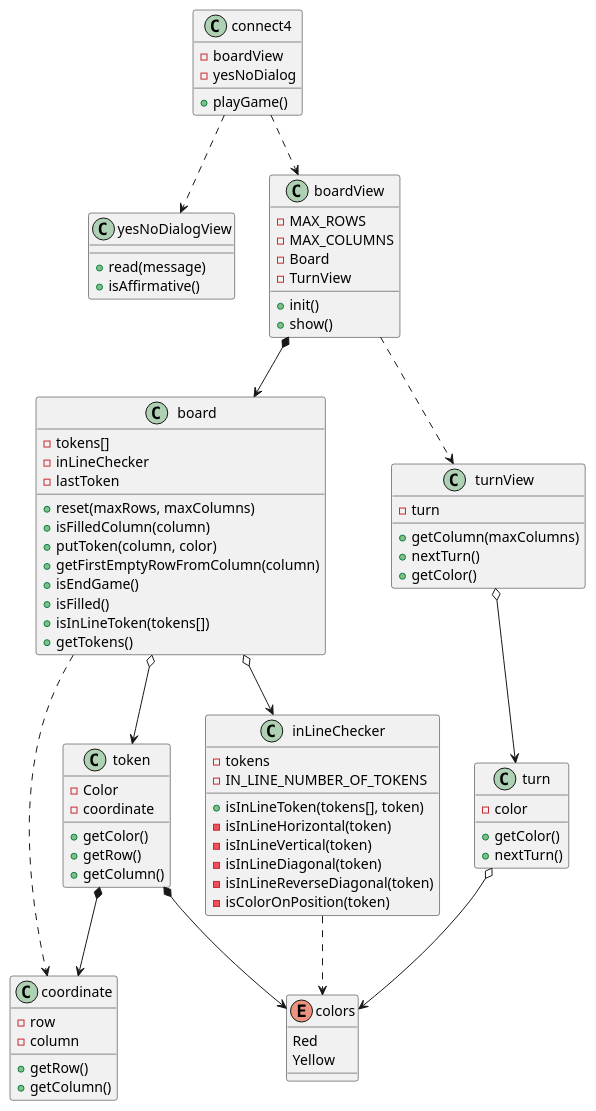
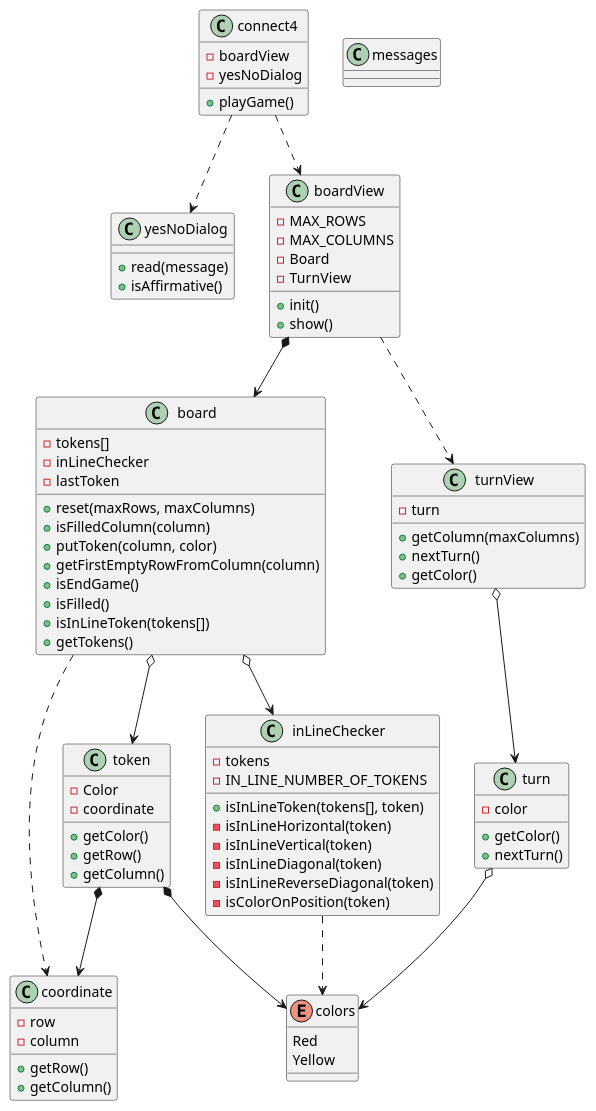
The diagram in UML/softwareModel.puml (jumpering/connect4), drawn with PlantUML before and after one commit. The commit also changed 2 other files, not shown here.

Commit message:
refactor UML inLineChecker class

```diff
--- a/UML/softwareModel.puml
+++ b/UML/softwareModel.puml
@@ -1,89 +1,93 @@
 @startuml
 
 class connect4{
     - boardView
     - yesNoDialog
     + playGame()
 }
-class yesNoDialogView{
+class yesNoDialog{
     + read(message)
     + isAffirmative()
 }
 class board{
     - tokens[]
     - inLineChecker
     - lastToken
     + reset(maxRows, maxColumns)
     + isFilledColumn(column)
     + putToken(column, color)
     + getFirstEmptyRowFromColumn(column)
     + isEndGame()
     + isFilled()
     + isInLineToken(tokens[])
     + getTokens()
 }
 class boardView{
     - MAX_ROWS
     - MAX_COLUMNS
     - Board
     - TurnView
     + init()
     + show()
 }
 class inLineChecker{
     - tokens
     - IN_LINE_NUMBER_OF_TOKENS
     + isInLineToken(tokens[], token)
     - isInLineHorizontal(token)
     - isInLineVertical(token)
     - isInLineDiagonal(token)
     - isInLineReverseDiagonal(token)
     - isColorOnPosition(token)
 }
 
 class token{
     - Color
     - coordinate
     + getColor()
     + getRow()
     + getColumn()
 }
 
 class coordinate {
     - row 
     - column
     + getRow()
     + getColumn()
 }
 
 class turnView{
     - turn
     + getColumn(maxColumns)
     + nextTurn()
     + getColor()
 }
 
 class turn{
     - color
     + getColor()
     + nextTurn()
 }
 
 enum colors{
 Red
 Yellow
 }
 
+class messages{
+
+}
+
 connect4 ..> boardView
-connect4 ..> yesNoDialogView
+connect4 ..> yesNoDialog
 boardView *--> board
 boardView ..> turnView
 turnView o--> turn
 board o--> token
 board o--> inLineChecker
 board ..> coordinate
 inLineChecker ..> colors
 turn o--> colors
 token *--> colors
 token *--> coordinate
 @enduml
```
